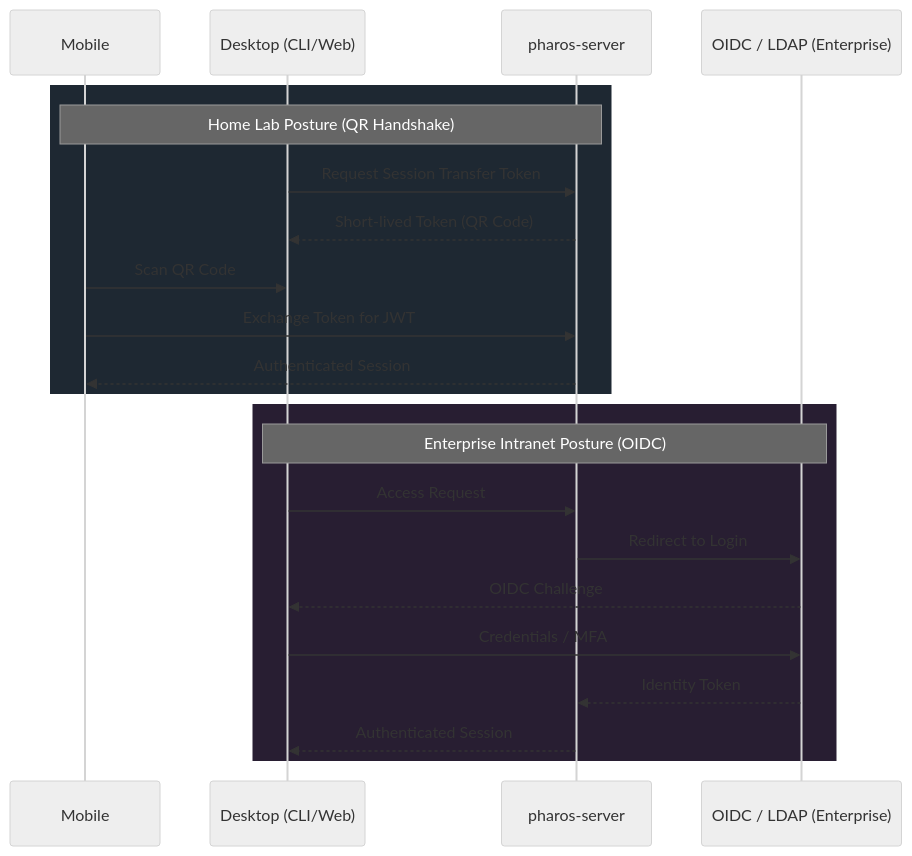
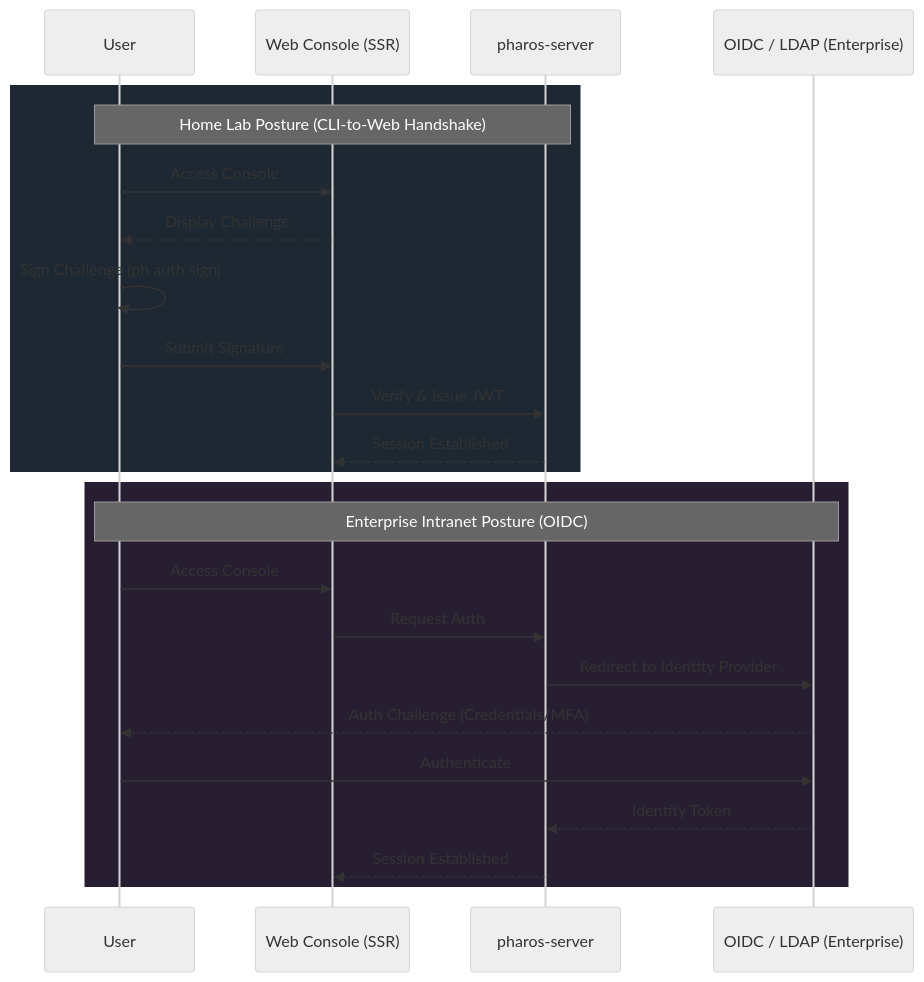
Before and after one commit to iamrichardD/pharos: the diagram in artifacts/pharos-web-console-plan.md, drawn with Mermaid (neutral theme). The commit also changed other lines of this file, not shown here.

Commit message:
docs: remove QR Handshake from Web Console plan (Issue #86)
- Update Mermaid diagram to show CLI-to-Web Handshake for Home Lab
- Remove QR Handshake and Desktop-to-Mobile transfer references from roadmap
- Align mobile authentication strategy with WebAuthn and CLI-based authorization

````diff
--- a/artifacts/pharos-web-console-plan.md
+++ b/artifacts/pharos-web-console-plan.md
@@ -35,26 +35,28 @@
 ```mermaid
 sequenceDiagram
-    participant Mobile
-    participant Desktop as Desktop (CLI/Web)
+    participant User
+    participant Browser as Web Console (SSR)
     participant Server as pharos-server
     participant IdP as OIDC / LDAP (Enterprise)
 
     rect rgb(30, 40, 50)
-    Note over Mobile, Server: Home Lab Posture (QR Handshake)
-    Desktop->>Server: Request Session Transfer Token
-    Server-->>Desktop: Short-lived Token (QR Code)
-    Mobile->>Desktop: Scan QR Code
-    Mobile->>Server: Exchange Token for JWT
-    Server-->>Mobile: Authenticated Session
+    Note over User, Server: Home Lab Posture (CLI-to-Web Handshake)
+    User->>Browser: Access Console
+    Browser-->>User: Display Challenge
+    User->>User: Sign Challenge (ph auth sign)
+    User->>Browser: Submit Signature
+    Browser->>Server: Verify & Issue JWT
+    Server-->>Browser: Session Established
     end
     
     rect rgb(40, 30, 50)
-    Note over Desktop, IdP: Enterprise Intranet Posture (OIDC)
-    Desktop->>Server: Access Request
-    Server->>IdP: Redirect to Login
-    IdP-->>Desktop: OIDC Challenge
-    Desktop->>IdP: Credentials / MFA
+    Note over User, IdP: Enterprise Intranet Posture (OIDC)
+    User->>Browser: Access Console
+    Browser->>Server: Request Auth
+    Server->>IdP: Redirect to Identity Provider
+    IdP-->>User: Auth Challenge (Credentials/MFA)
+    User->>IdP: Authenticate
     IdP-->>Server: Identity Token
-    Server-->>Desktop: Authenticated Session
+    Server-->>Browser: Session Established
     end
 ```
````
